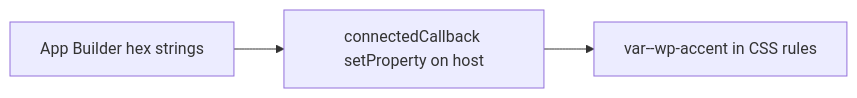
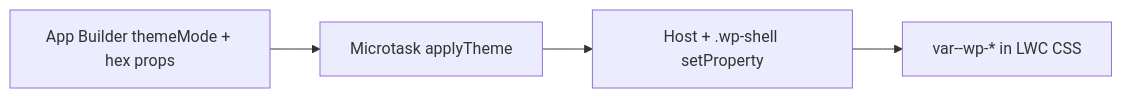
The fourth of 7 diagrams in DC_PersonProfileWidget/docs/DIAGRAMS.md (josers18/JDO), drawn with Mermaid before and after one commit. The commit also changed other lines of this file and 32 other files, not shown here.

First line of the commit message:
docs(DC_PersonProfileWidget): guides, diagrams, samples, deploy/apex refs

````diff
--- a/DC_PersonProfileWidget/docs/DIAGRAMS.md
+++ b/DC_PersonProfileWidget/docs/DIAGRAMS.md
@@ -68,7 +65,8 @@
 ```mermaid
 flowchart LR
-    AB[App Builder hex strings]
-    JS[connectedCallback setProperty on host]
-    CSS[var--wp-accent in CSS rules]
-    AB --> JS --> CSS
+    AB[App Builder themeMode + hex props]
+    JS[Microtask applyTheme]
+    H[Host + .wp-shell setProperty]
+    CSS[var--wp-* in LWC CSS]
+    AB --> JS --> H --> CSS
 ```
````
